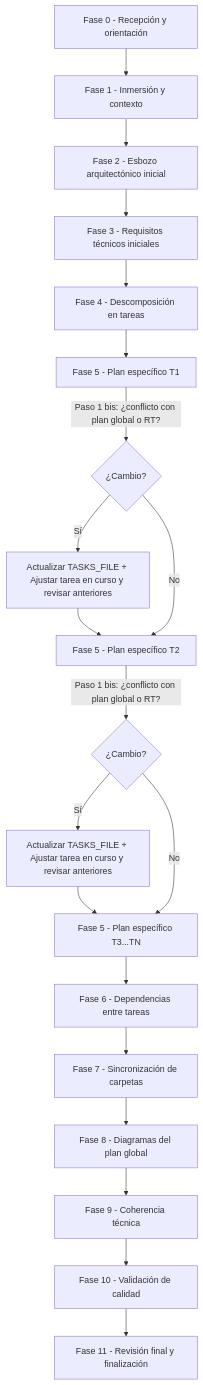
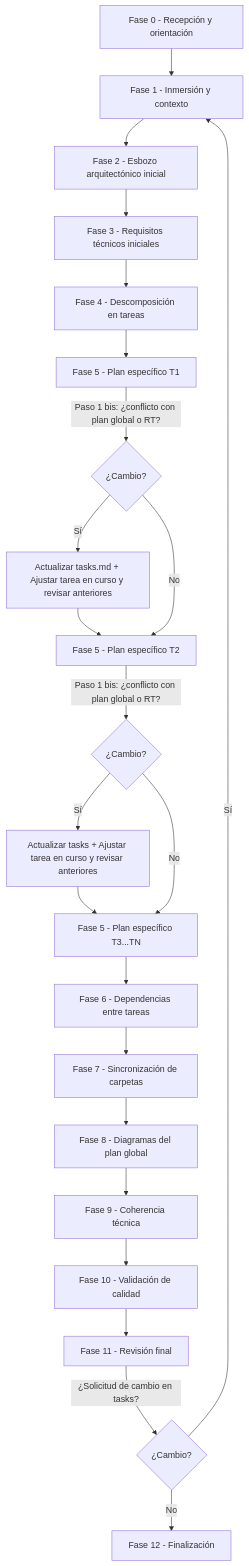
Before and after one commit to davsuapas/spec-agent: the diagram in doc/tasks.md, drawn with Mermaid. The commit also changed other lines of this file and 3 other files, not shown here.

````diff
--- a/doc/tasks.md
+++ b/doc/tasks.md
@@ -50,22 +50,25 @@
 ```mermaid
 graph TD
   F0[Fase 0 - Recepción y orientación] --> F1[Fase 1 - Inmersión y contexto]
   F1 --> F2[Fase 2 - Esbozo arquitectónico inicial]
   F2 --> F3[Fase 3 - Requisitos técnicos iniciales]
   F3 --> F4[Fase 4 - Descomposición en tareas]
   F4 --> F5_T1[Fase 5 - Plan específico T1]
   F5_T1 -->|Paso 1 bis: ¿conflicto con plan global o RT?| DEC1{¿Cambio?}
-  DEC1 -->|Sí| UPD1[Actualizar TASKS_FILE + Ajustar tarea en curso y revisar anteriores]
+  DEC1 -->|Sí| UPD1[Actualizar tasks.md + Ajustar tarea en curso y revisar anteriores]
   UPD1 --> F5_T2
   DEC1 -->|No| F5_T2[Fase 5 - Plan específico T2]
   F5_T2 -->|Paso 1 bis: ¿conflicto con plan global o RT?| DEC2{¿Cambio?}
-  DEC2 -->|Sí| UPD2[Actualizar TASKS_FILE + Ajustar tarea en curso y revisar anteriores]
+  DEC2 -->|Sí| UPD2[Actualizar tasks + Ajustar tarea en curso y revisar anteriores]
   UPD2 --> F5_TN
   DEC2 -->|No| F5_TN[Fase 5 - Plan específico T3...TN]
   F5_TN --> F6[Fase 6 - Dependencias entre tareas]
   F6 --> F7[Fase 7 - Sincronización de carpetas]
   F7 --> F8[Fase 8 - Diagramas del plan global]
   F8 --> F9[Fase 9 - Coherencia técnica]
   F9 --> F10[Fase 10 - Validación de calidad]
-  F10 --> F11[Fase 11 - Revisión final y finalización]
+  F10 --> F11[Fase 11 - Revisión final]
+  F11 -->|¿Solicitud de cambio en tasks?| DEC3{¿Cambio?}
+  DEC3 -->|Sí| F1
+  DEC3 -->|No| F12[Fase 12 - Finalización]
 ```
````
